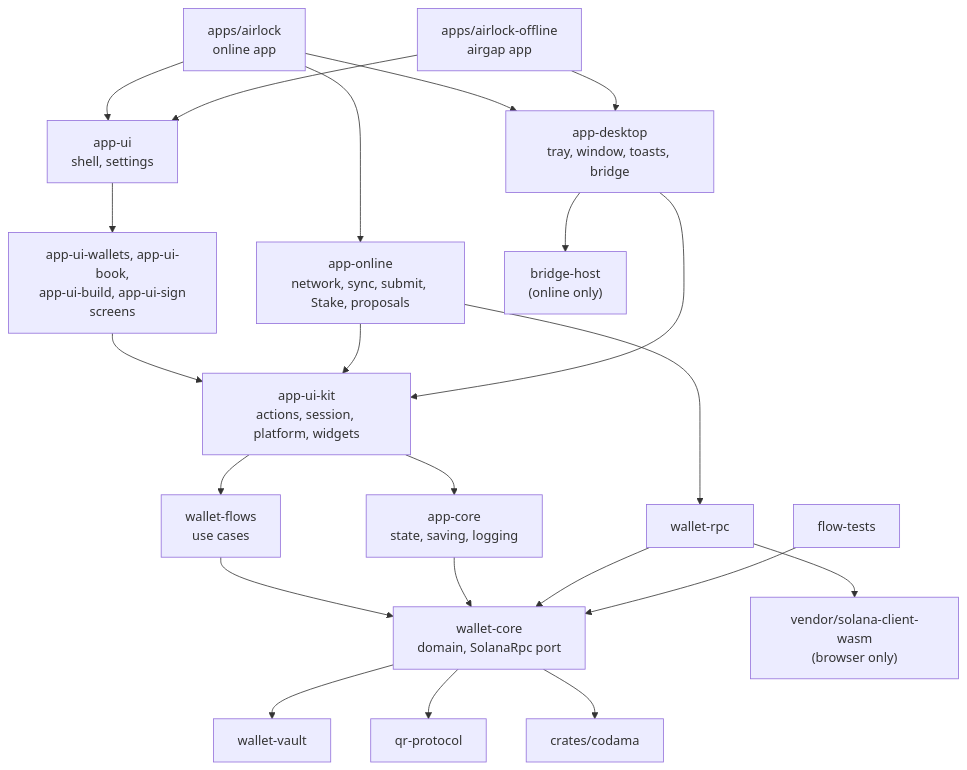
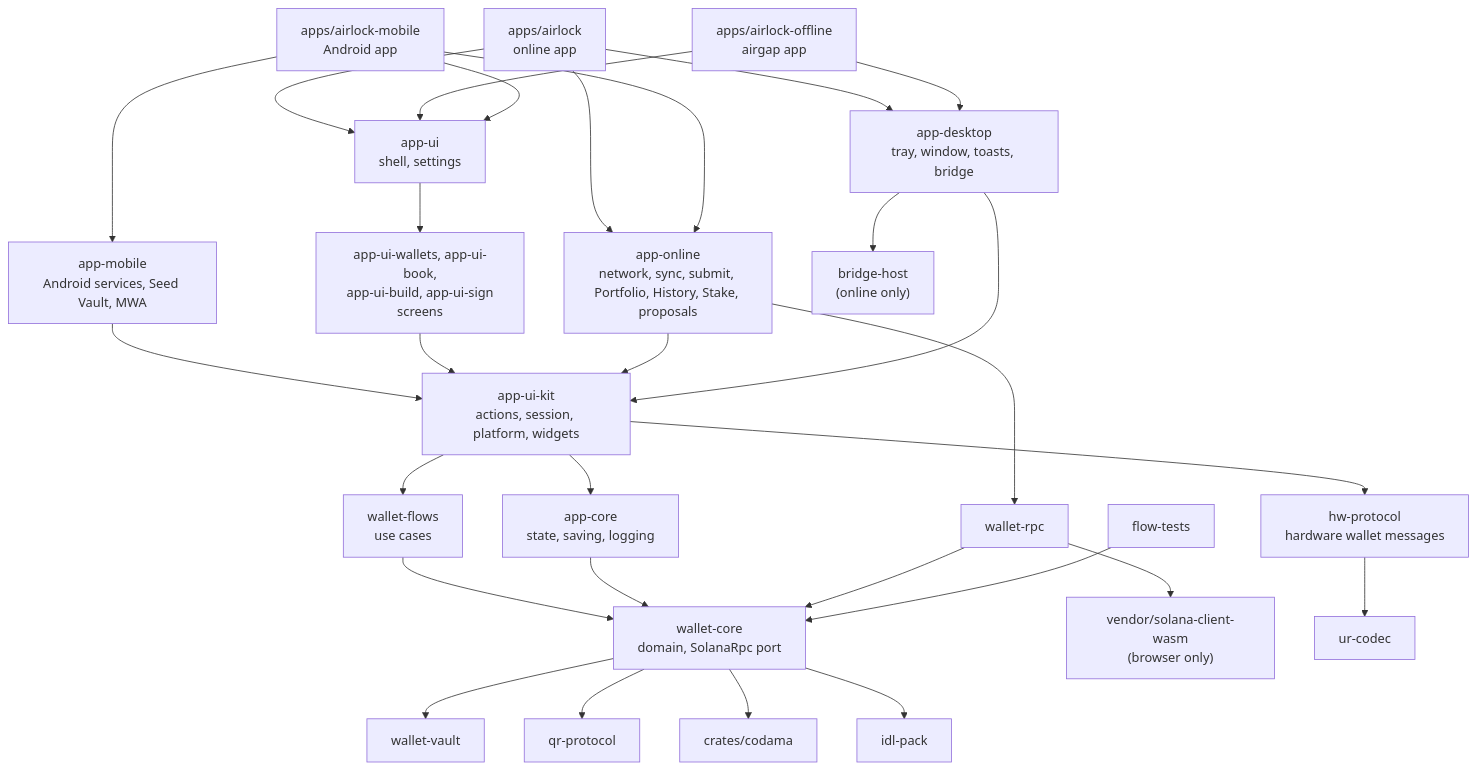
Before and after one commit to tiago18c/airlock: the second of 2 diagrams in README.md, drawn with Mermaid. The commit also changed other lines of this file and 11 other files, not shown here.

````diff
--- a/README.md
+++ b/README.md
@@ -144,24 +155,31 @@
 ```mermaid
 flowchart TD
   Online["apps/airlock<br/>online app"] --> Shell["app-ui<br/>shell, settings"]
   Airgap["apps/airlock-offline<br/>airgap app"] --> Shell
-  Online --> OnlinePieces["app-online<br/>network, sync, submit, Stake, proposals"]
+  Online --> OnlinePieces["app-online<br/>network, sync, submit, Portfolio, History, Stake, proposals"]
   Online --> Desktop["app-desktop<br/>tray, window, toasts, bridge"]
   Airgap --> Desktop
+  Mobile["apps/airlock-mobile<br/>Android app"] --> Shell
+  Mobile --> OnlinePieces
+  Mobile --> MobileSvc["app-mobile<br/>Android services, Seed Vault, MWA"]
+  MobileSvc --> Kit
   Shell --> Screens["app-ui-wallets, app-ui-book,<br/>app-ui-build, app-ui-sign<br/>screens"]
   Screens --> Kit["app-ui-kit<br/>actions, session, platform, widgets"]
   OnlinePieces --> Kit
   Desktop --> Kit
   Desktop --> BridgeHost["bridge-host<br/>(online only)"]
   Kit --> AppCore["app-core<br/>state, saving, logging"]
   Kit --> Flows["wallet-flows<br/>use cases"]
   OnlinePieces --> RPCc["wallet-rpc"]
   Flows --> Core["wallet-core<br/>domain, SolanaRpc port"]
   AppCore --> Core
   RPCc --> Core
   RPCc --> WasmClient["vendor/solana-client-wasm<br/>(browser only)"]
   Core --> Vault["wallet-vault"]
   Core --> QR["qr-protocol"]
   Core --> Codama["crates/codama"]
+  Core --> Pack["idl-pack"]
+  Kit --> HW["hw-protocol<br/>hardware wallet messages"]
+  HW --> UR["ur-codec"]
   FlowTests["flow-tests"] --> Core
 ```
````
